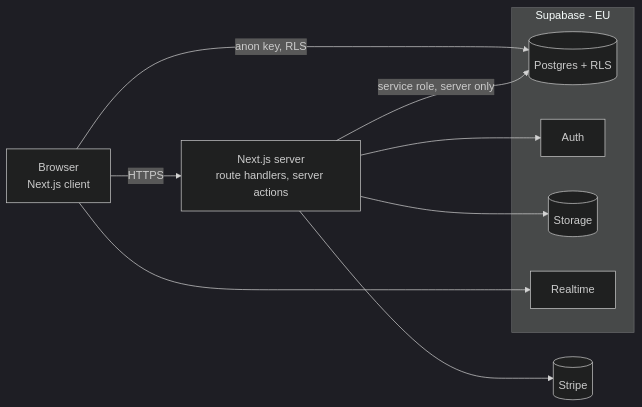
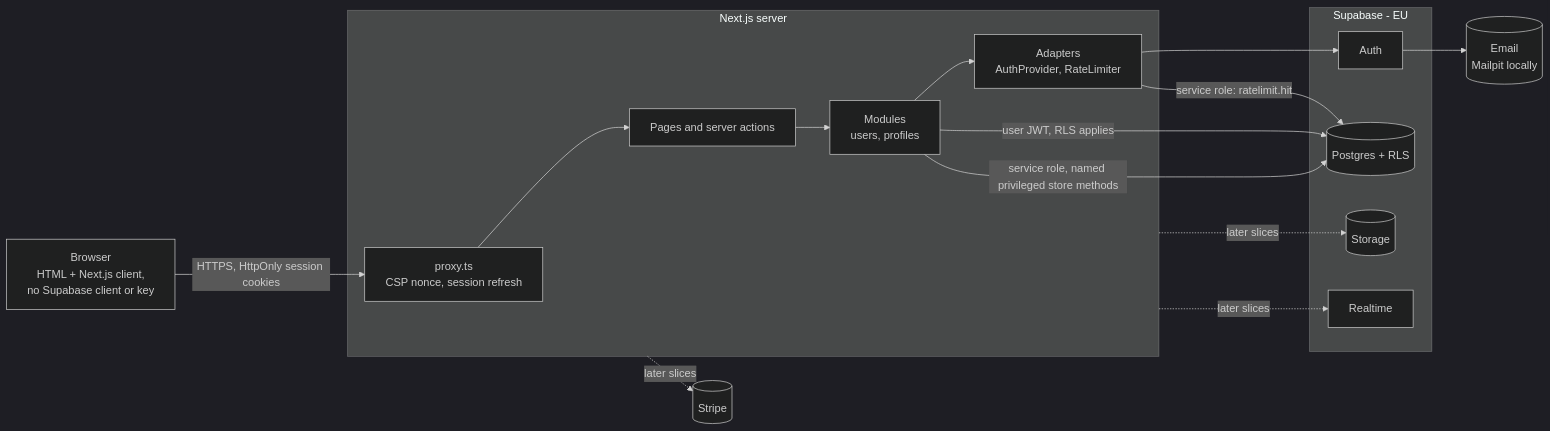
Before and after one commit to pdahlstedt/friends: the second of 3 diagrams in docs/architecture/overview.md, drawn with Mermaid (dark theme). The commit also changed other lines of this file and 151 other files, not shown here.

````diff
--- a/docs/architecture/overview.md
+++ b/docs/architecture/overview.md
@@ -32,20 +33,28 @@
 ```mermaid
 flowchart LR
-  browser[Browser<br/>Next.js client]
-  next[Next.js server<br/>route handlers, server actions]
+  browser[Browser<br/>HTML + Next.js client,<br/>no Supabase client or key]
+  subgraph next[Next.js server]
+    proxy[proxy.ts<br/>CSP nonce, session refresh]
+    app[Pages and server actions]
+    mods[Modules<br/>users, profiles]
+    adapters[Adapters<br/>AuthProvider, RateLimiter]
+  end
   subgraph supa[Supabase - EU]
+    auth[Auth]
     pg[(Postgres + RLS)]
-    auth[Auth]
     storage[(Storage)]
     rt[Realtime]
   end
+  mail[(Email<br/>Mailpit locally)]
   stripe[(Stripe)]
 
-  browser -->|HTTPS| next
-  browser -->|anon key, RLS| pg
-  browser --> rt
-  next --> auth
-  next -->|service role, server only| pg
-  next --> storage
-  next --> stripe
+  browser -->|HTTPS, HttpOnly session cookies| proxy --> app --> mods --> adapters
+  adapters --> auth
+  mods -->|user JWT, RLS applies| pg
+  mods -->|service role, named privileged store methods| pg
+  adapters -->|service role: ratelimit.hit| pg
+  auth --> mail
+  next -.->|later slices| storage
+  next -.->|later slices| rt
+  next -.->|later slices| stripe
 ```
````
